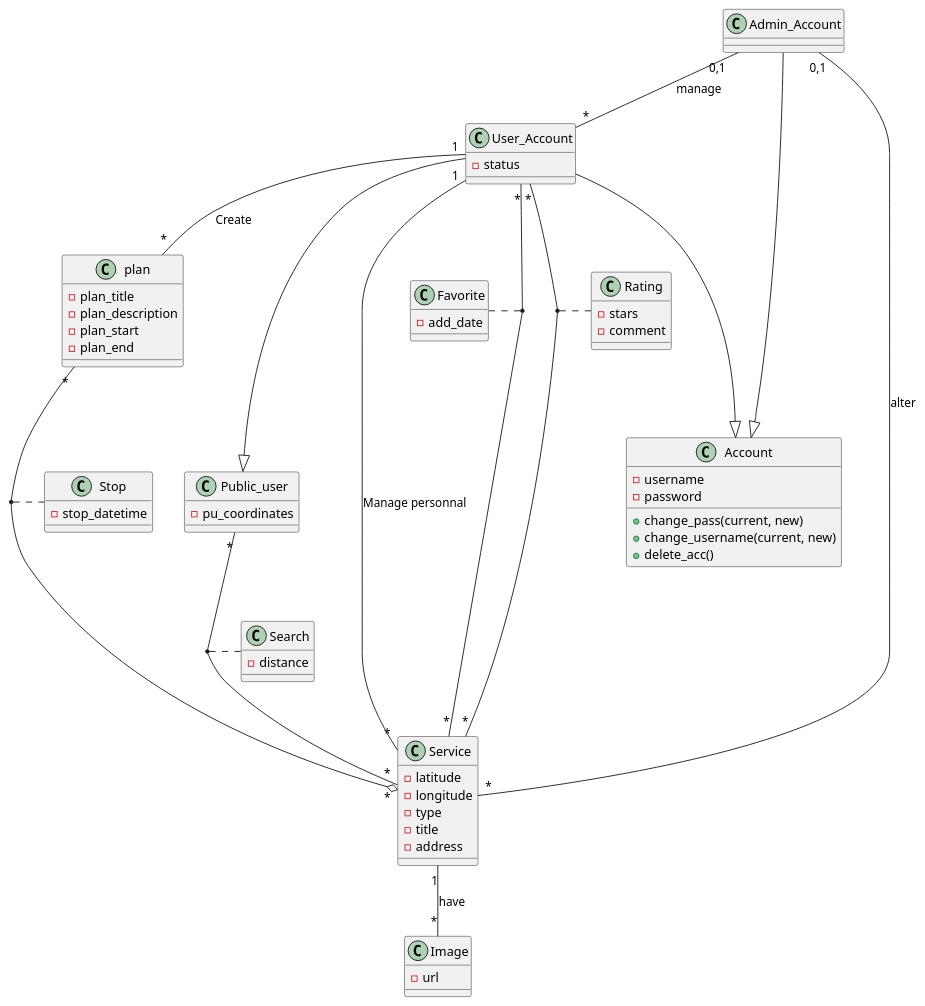
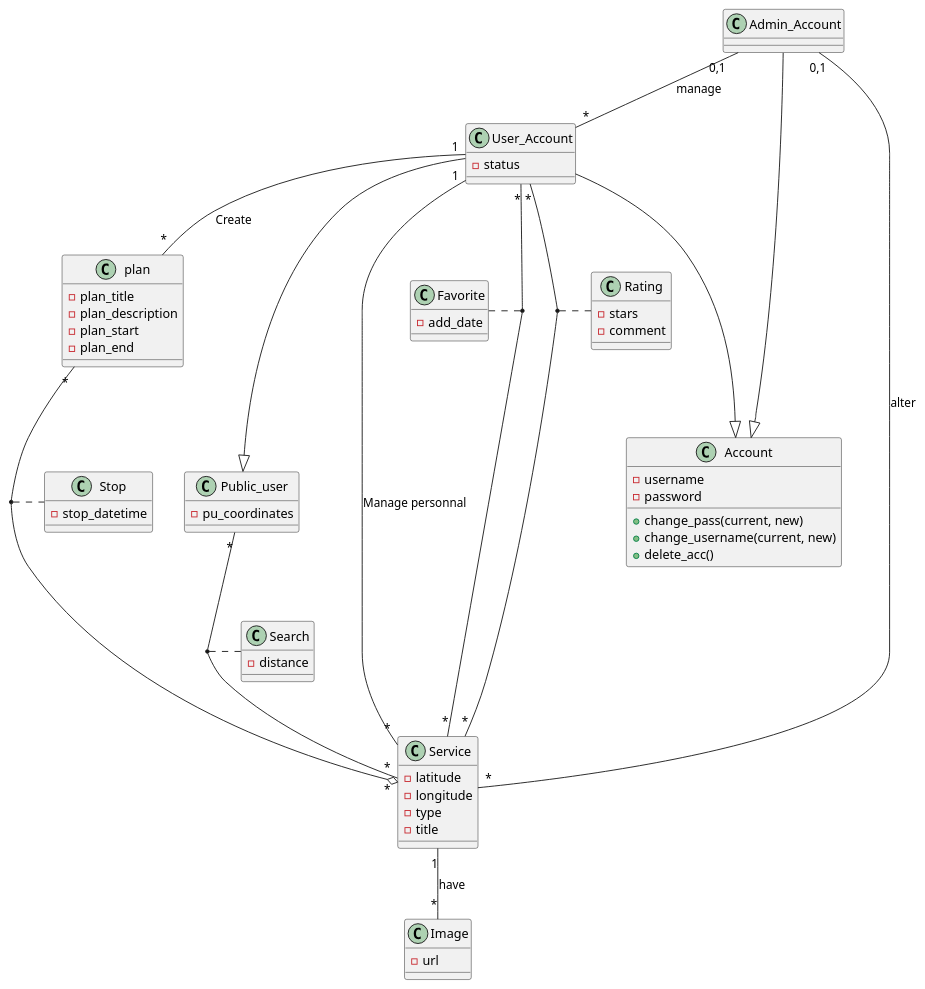
The diagram in rapport/uml/plantuml/class.pu (techguyseli/touristy), drawn with PlantUML before and after one commit. The commit also changed 4 other files, not shown here.

```diff
--- a/rapport/uml/plantuml/class.pu
+++ b/rapport/uml/plantuml/class.pu
@@ -1,64 +1,63 @@
 @startuml class_diag
 
 class Public_user
 Public_user : -pu_coordinates
 Public_user "*" -- "*" Service
 (Public_user, Service) . Search
 
 class Account
 Account : -username
 Account : -password
 Account : +change_pass(current, new)
 Account : +change_username(current, new)
 Account : +delete_acc()
 
 class Admin_Account
 Admin_Account ---|> Account
 Admin_Account "0,1" -- "*" User_Account : manage
 Admin_Account "0,1" -- "*" Service : alter
 
 class User_Account
 User_Account : -status
 User_Account ---|> Account
 User_Account ---|> Public_user
 User_Account "1" -- "*" plan : Create
 User_Account "*" -- "*" Service
 (User_Account, Service) . Favorite
 User_Account "*" -- "*" Service
 (User_Account, Service) . Rating
 User_Account "1" -- "*" Service : Manage personnal
 
 class Search
 Search : -distance
 
 class Service
 Service : -latitude
 Service : -longitude
 Service : -type
 Service : -title
-Service : -address
 Service "1" -- "*" Image : have
 
 class Image
 Image : -url
 
 class Stop
 Stop : -stop_datetime
 
 class plan
 plan : -plan_title
 plan : -plan_description
 plan : -plan_start
 plan : -plan_end
 plan "*" --o "*" Service
 (plan, Service) . Stop
 
 class Favorite
 Favorite : -add_date
 
 class Rating
 Rating : -stars
 Rating : -comment
 
 
 @enduml
```
